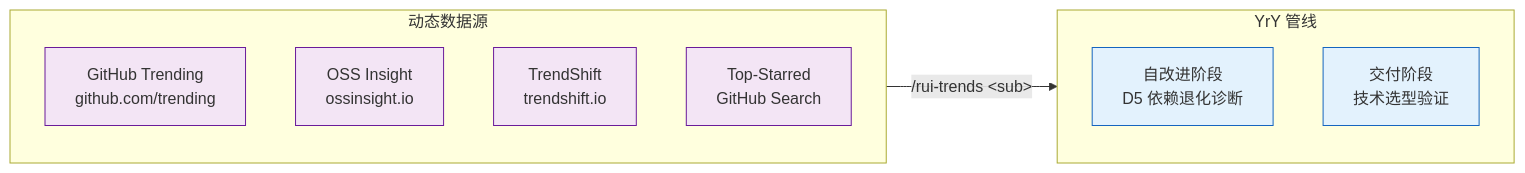
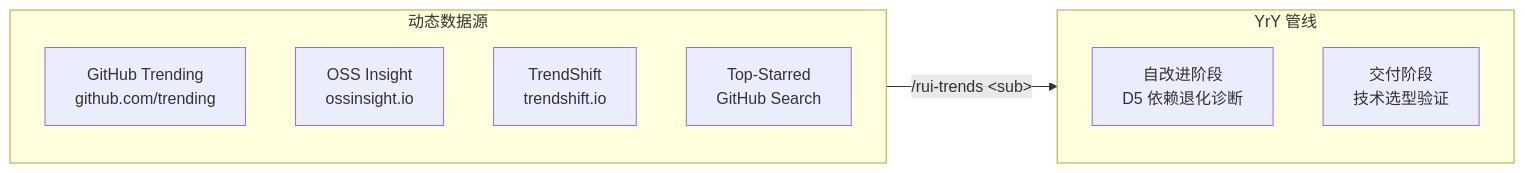
The first of 4 diagrams in skills/rui-trends/SKILL.md (effiy/YrY), drawn with Mermaid before and after one commit. The commit also changed other lines of this file and 61 other files, not shown here.

````diff
--- a/skills/rui-trends/SKILL.md
+++ b/skills/rui-trends/SKILL.md
@@ -21,19 +21,17 @@
 ```mermaid
 flowchart LR
     subgraph 数据源["动态数据源"]
         GT["GitHub Trending<br/>github.com/trending"]:::src
         OI["OSS Insight<br/>ossinsight.io"]:::src
         TS["TrendShift<br/>trendshift.io"]:::src
         TSR["Top-Starred<br/>GitHub Search"]:::src
     end
 
     subgraph 管线["YrY 管线"]
         SELF["自改进阶段<br/>D5 依赖退化诊断"]:::phase
         DELIVERY["交付阶段<br/>技术选型验证"]:::phase
     end
 
     数据源 -->|"/rui-trends &lt;sub&gt;"| 管线
 
-    classDef src fill:#f3e5f5,stroke:#6a1b9a;
-    classDef phase fill:#e3f2fd,stroke:#1565c0;
 ```
````
